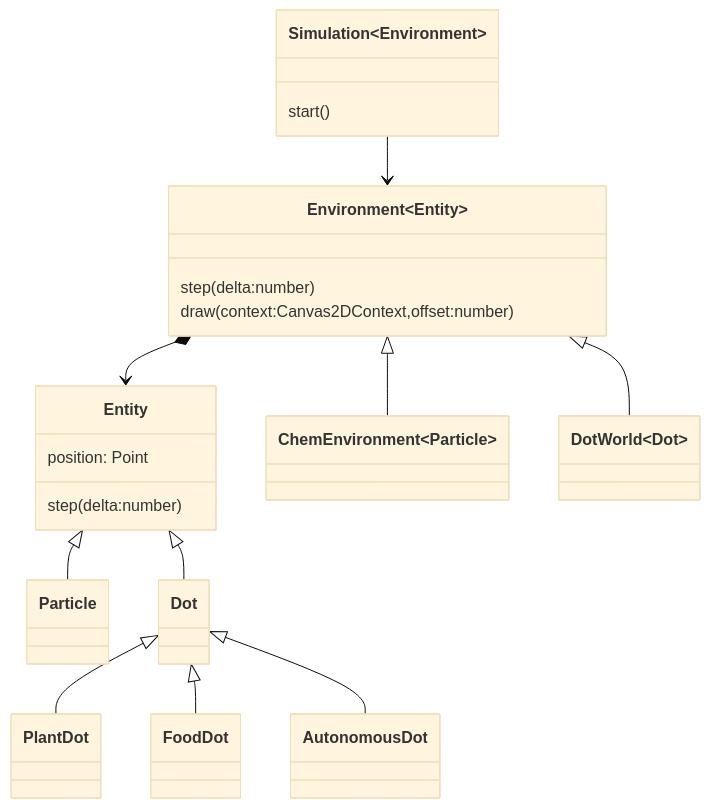
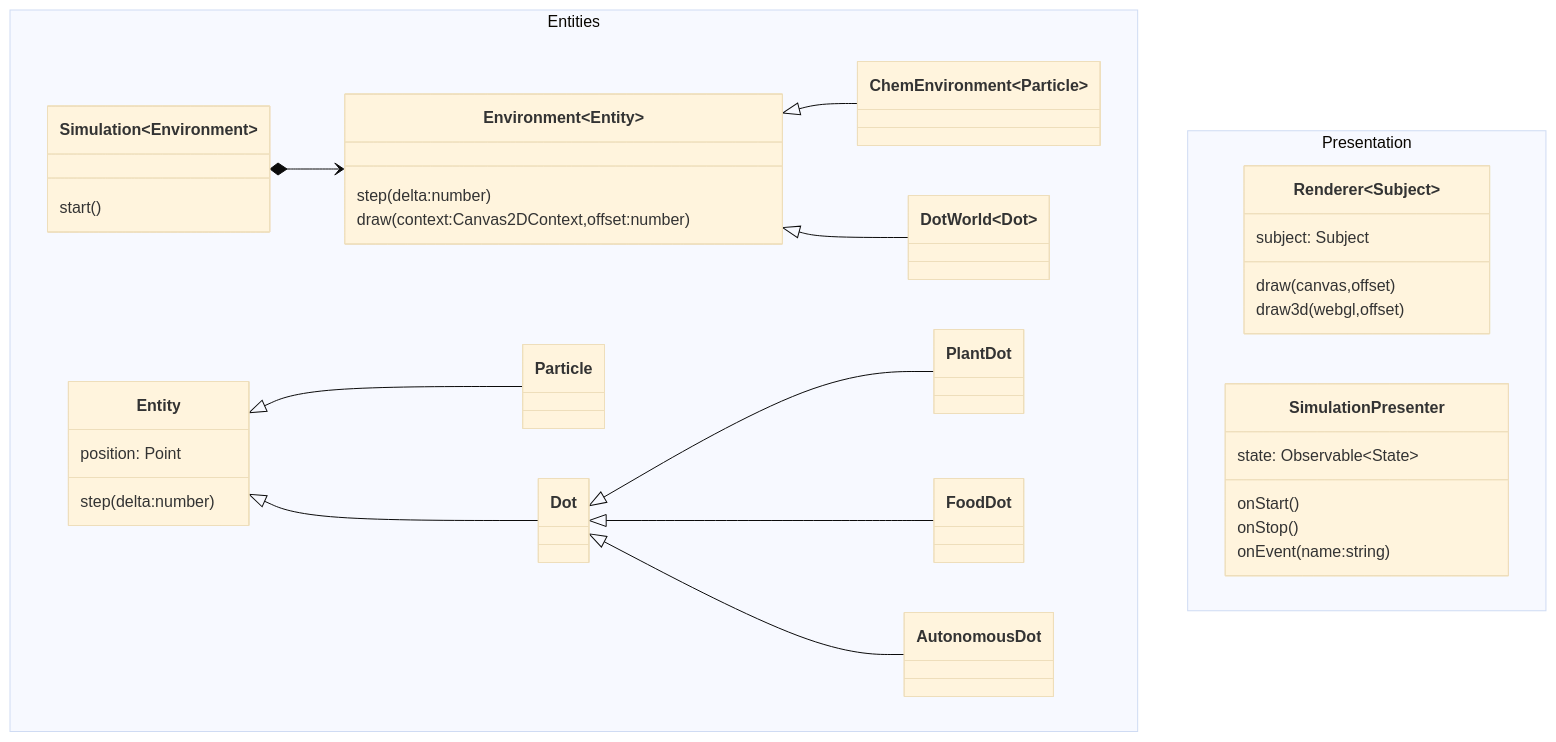
One commit to TSampley/TSampley.github.io changed the diagram in science/computing/simulation/index.md. Above: the diagram before and after it, drawn with Mermaid (base theme).

Commit message:
Update computing architecture diagram

````diff
--- a/science/computing/simulation/index.md
+++ b/science/computing/simulation/index.md
@@ -8,41 +8,59 @@
 ```mermaid
 
 classDiagram
+
+namespace Entities {
 
   class Entity {
     position: Point
     step(delta:number)
   }
 
   class Environment~Entity~{
     step(delta:number)
     draw(context:Canvas2DContext,offset:number)
   }
-  Environment *--> Entity
 
   class Simulation~Environment~{
     start()
   }
 
   class Particle
-  Entity <|-- Particle
   class ChemEnvironment~Particle~
-  Environment <|-- ChemEnvironment
 
-  Simulation --> Environment
   
   class Dot
-  Entity <|-- Dot
   class DotWorld~Dot~ {
 
   }
-  Environment <|-- DotWorld
 
   class PlantDot
-  Dot <|-- PlantDot
   class FoodDot
-  Dot <|-- FoodDot
   class AutonomousDot
-  Dot <|-- AutonomousDot
+}
+Simulation *--> Environment
+Environment <|-- ChemEnvironment
+Entity <|-- Particle
+Environment <|-- DotWorld
+Entity <|-- Dot
+Dot <|-- PlantDot
+Dot <|-- FoodDot
+Dot <|-- AutonomousDot
+
+namespace Presentation {
+
+  class Renderer~Subject~ {
+    subject: Subject
+    draw(canvas,offset)
+    draw3d(webgl,offset)
+  }
+
+  class SimulationPresenter {
+    state: Observable~State~
+    onStart()
+    onStop()
+    onEvent(name:string)
+  }
+}
 
 ```
````
